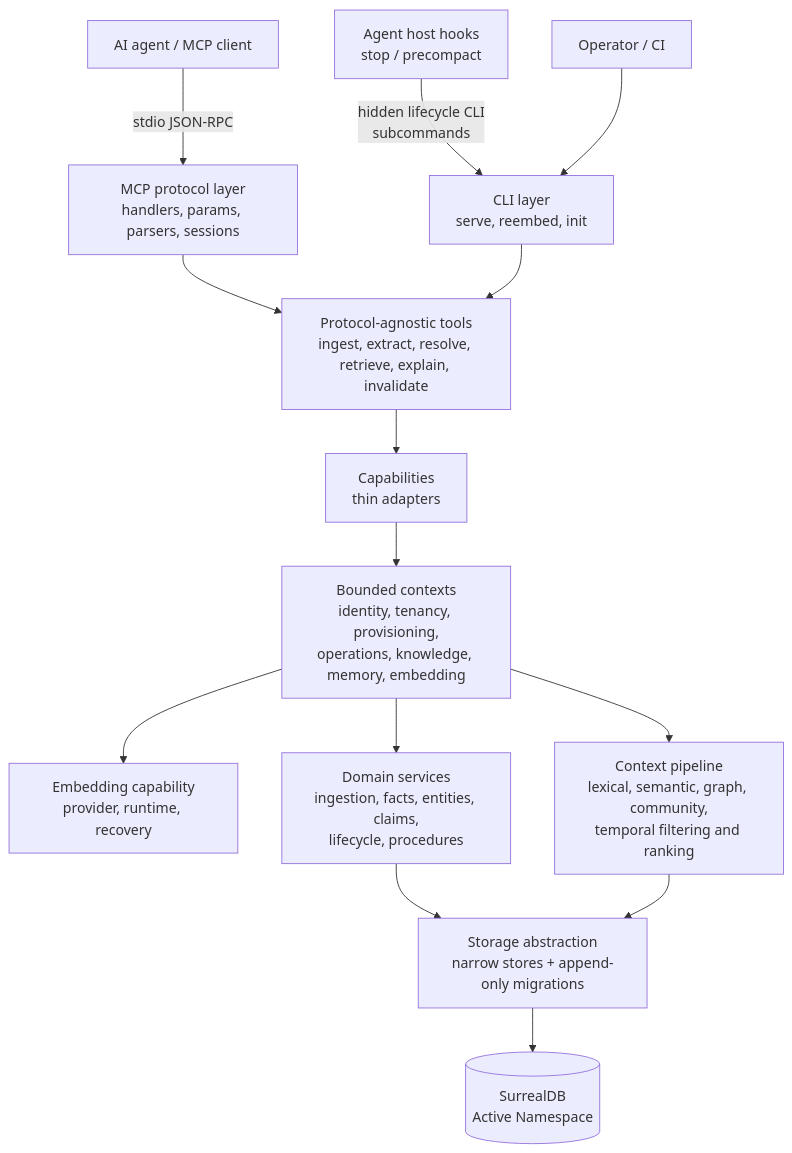
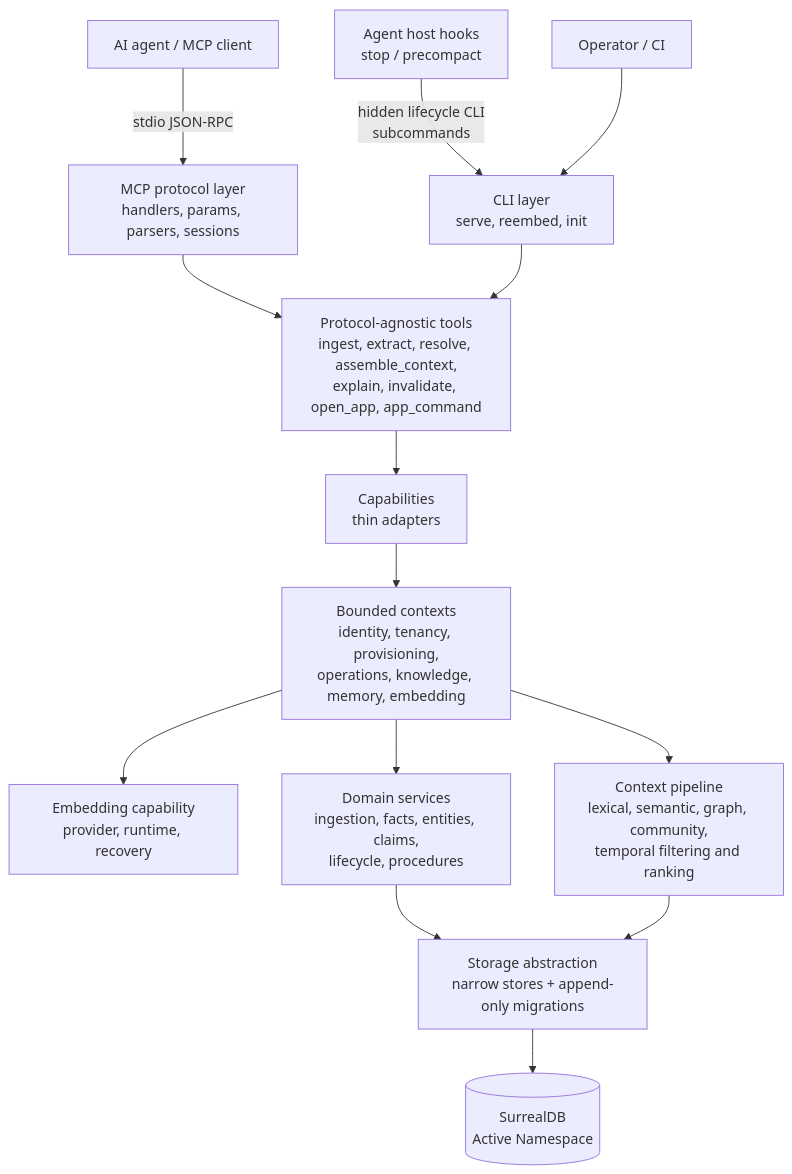
One commit to like-a-freedom/memory_mcp changed the first of 5 diagrams in README.md. Above: the diagram before and after it, drawn with Mermaid. The commit also changed other lines of this file and 45 other files, not shown here.

````diff
--- a/README.md
+++ b/README.md
@@ -73,21 +73,21 @@
 ```mermaid
 flowchart TD
     Agent["AI agent / MCP client"]
     Hooks["Agent host hooks\nstop / precompact"]
     Operator["Operator / CI"]
 
     Agent -->|"stdio JSON-RPC"| MCP["MCP protocol layer\nhandlers, params, parsers, sessions"]
     Hooks -->|"hidden lifecycle CLI\nsubcommands"| CLI["CLI layer\nserve, reembed, init"]
     Operator --> CLI
 
-    MCP --> Tools["Protocol-agnostic tools\ningest, extract, resolve, retrieve, explain, invalidate"]
+    MCP --> Tools["Protocol-agnostic tools\ningest, extract, resolve, assemble_context,\nexplain, invalidate, open_app, app_command"]
     CLI --> Tools
     Tools --> Capabilities["Capabilities\nthin adapters"]
     Capabilities --> Contexts["Bounded contexts\nidentity, tenancy, provisioning,\noperations, knowledge, memory, embedding"]
     Contexts --> Embedding["Embedding capability\nprovider, runtime, recovery"]
     Contexts --> Domain["Domain services\ningestion, facts, entities, claims,\nlifecycle, procedures"]
     Contexts --> Retrieval["Context pipeline\nlexical, semantic, graph, community,\ntemporal filtering and ranking"]
     Domain --> Storage["Storage abstraction\nnarrow stores + append-only migrations"]
     Retrieval --> Storage
     Storage --> DB[("SurrealDB\nActive Namespace")]
 ```
````
